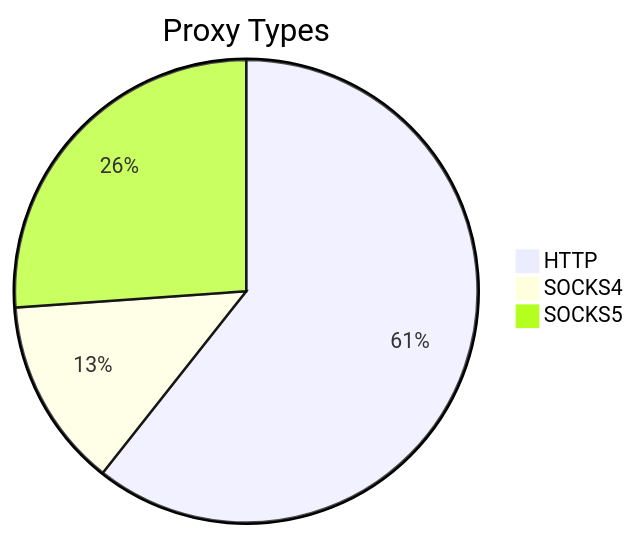
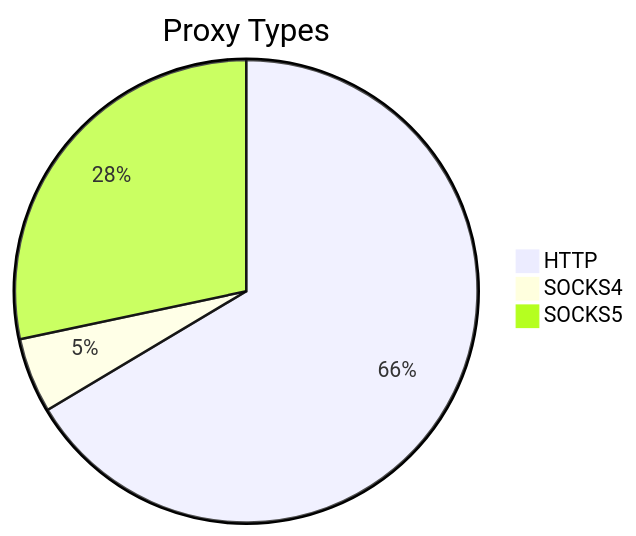
One commit to stormsia/proxy-list changed the first of 2 diagrams in README.md. Above: the diagram before and after it, drawn with Mermaid. The commit also changed other lines of this file, not shown here.

````diff
--- a/README.md
+++ b/README.md
@@ -21,6 +21,6 @@
 ```mermaid
 pie title Proxy Types
-    "HTTP" : 715
-    "SOCKS4" : 156
-    "SOCKS5" : 308
+    "HTTP" : 469
+    "SOCKS4" : 37
+    "SOCKS5" : 200
 ```
````
